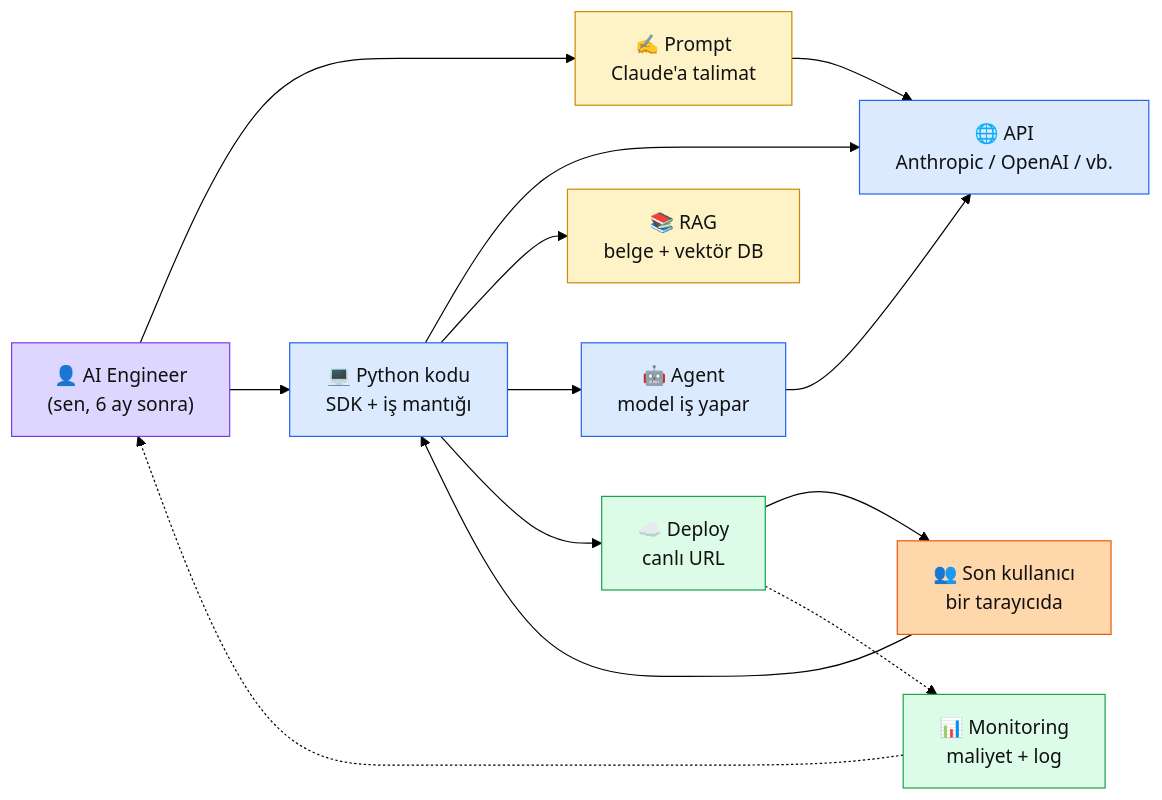
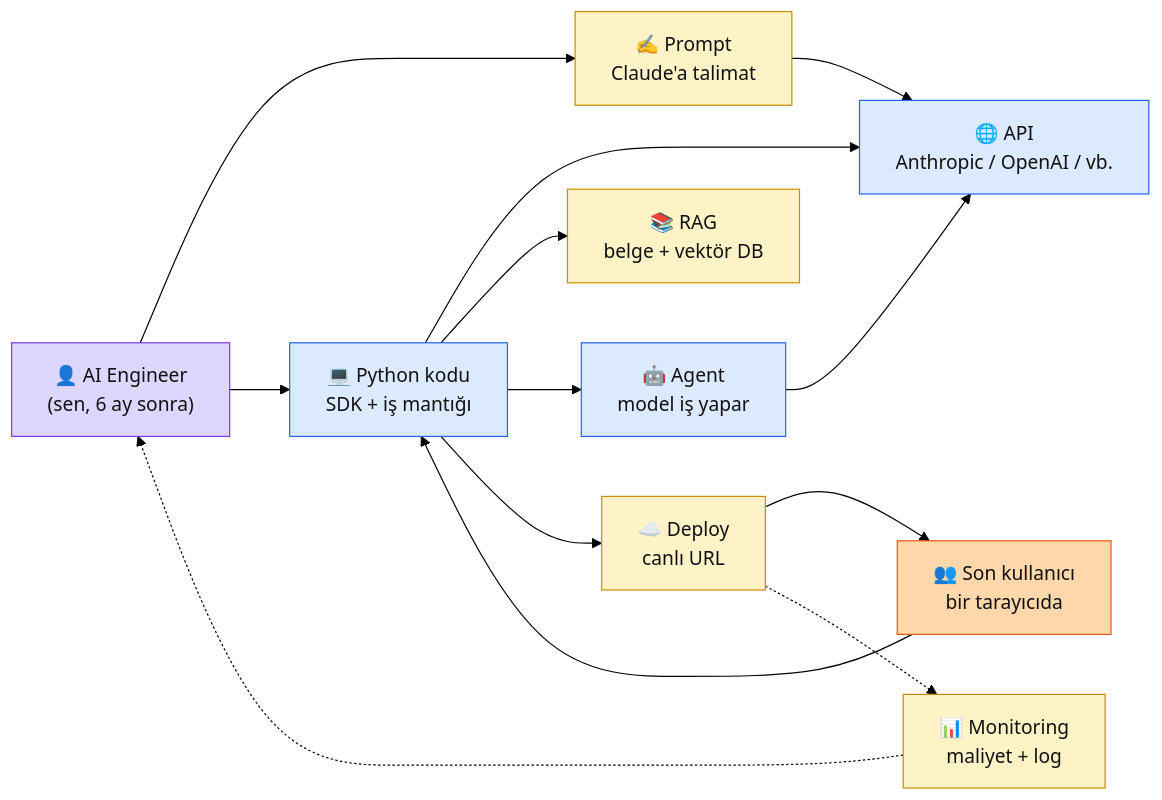
Before and after one commit to KemalG-u/muhendisal-platform: the diagram in docs/bolum-1/01-ai-engineer-nedir.md, drawn with Mermaid (forest theme). The commit also changed other lines of this file and 4 other files, not shown here.

````diff
--- a/docs/bolum-1/01-ai-engineer-nedir.md
+++ b/docs/bolum-1/01-ai-engineer-nedir.md
@@ -38,36 +39,36 @@
 ```mermaid
 flowchart LR
     AE["👤 AI Engineer\n(sen, 6 ay sonra)"]
     PR["✍️ Prompt\nClaude'a talimat"]
     API["🌐 API\nAnthropic / OpenAI / vb."]
     COD["💻 Python kodu\nSDK + iş mantığı"]
     RAG["📚 RAG\nbelge + vektör DB"]
     AGT["🤖 Agent\nmodel iş yapar"]
     DEP["☁️ Deploy\ncanlı URL"]
     USR["👥 Son kullanıcı\nbir tarayıcıda"]
     MON["📊 Monitoring\nmaliyet + log"]
 
     AE --> PR
     AE --> COD
     COD --> API
     PR --> API
     COD --> RAG
     COD --> AGT
     AGT --> API
     COD --> DEP
     DEP --> USR
     USR --> COD
     DEP -.-> MON
     MON -.-> AE
 
     classDef you fill:#ddd6fe,stroke:#7c3aed,color:#111
     classDef text fill:#fef3c7,stroke:#ca8a04,color:#111
     classDef code fill:#dbeafe,stroke:#2563eb,color:#111
-    classDef deploy fill:#dcfce7,stroke:#16a34a,color:#111
+    classDef deploy fill:#fef3c7,stroke:#ca8a04,color:#111
     classDef user fill:#fed7aa,stroke:#ea580c,color:#111
     class AE you
     class PR,RAG text
     class COD,API,AGT code
     class DEP,MON deploy
     class USR user
 ```
````
